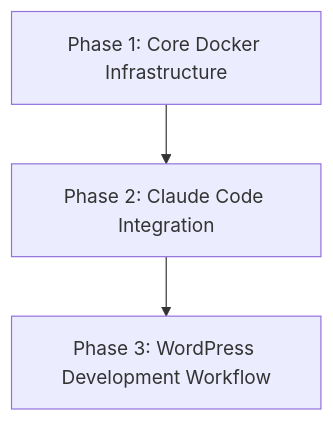
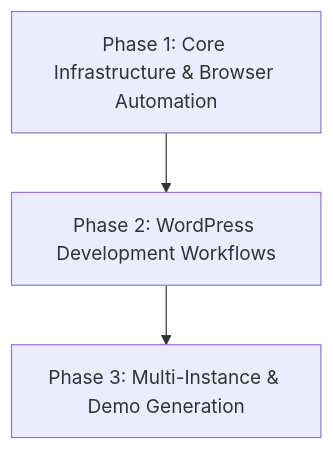
The diagram in memory-bank/project_roadmap.md (endersclarity/docker-wordpress), drawn with Mermaid before and after one commit. The commit also changed other lines of this file and 3036 other files, not shown here.

First line of the commit message:
feat: complete WordPress automation navigation system

````diff
--- a/memory-bank/project_roadmap.md
+++ b/memory-bank/project_roadmap.md
@@ -54,5 +62,5 @@
 ```mermaid
 graph TD
-    Phase1["Phase 1: Core Docker Infrastructure"] --> Phase2["Phase 2: Claude Code Integration"];
-    Phase2 --> Phase3["Phase 3: WordPress Development Workflow"];
+    Phase1["Phase 1: Core Infrastructure & Browser Automation"] --> Phase2["Phase 2: WordPress Development Workflows"];
+    Phase2 --> Phase3["Phase 3: Multi-Instance & Demo Generation"];
 ```
````
